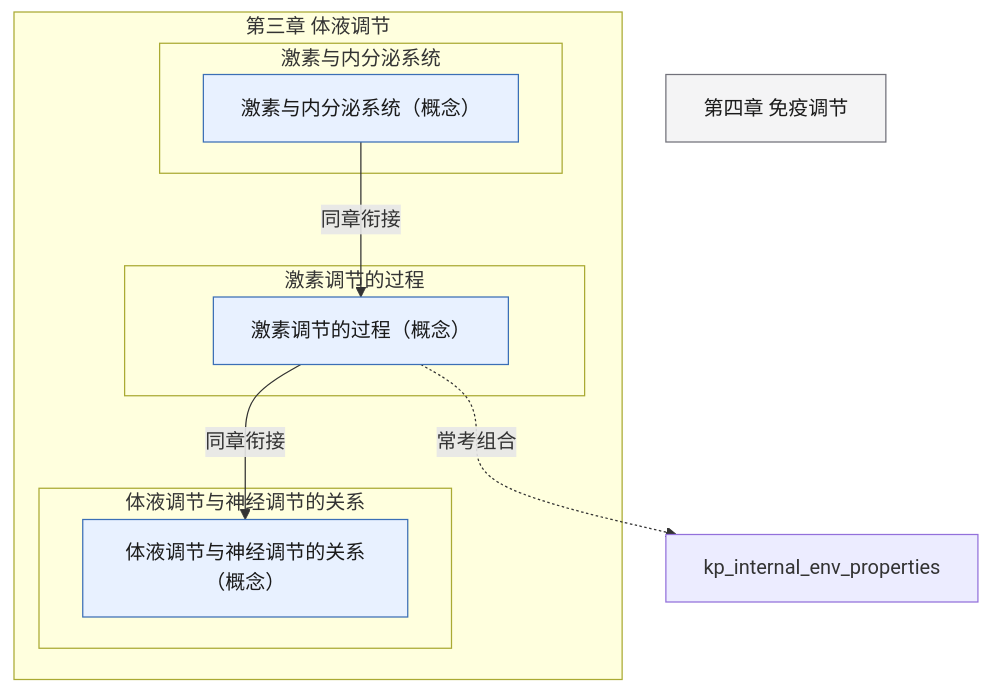
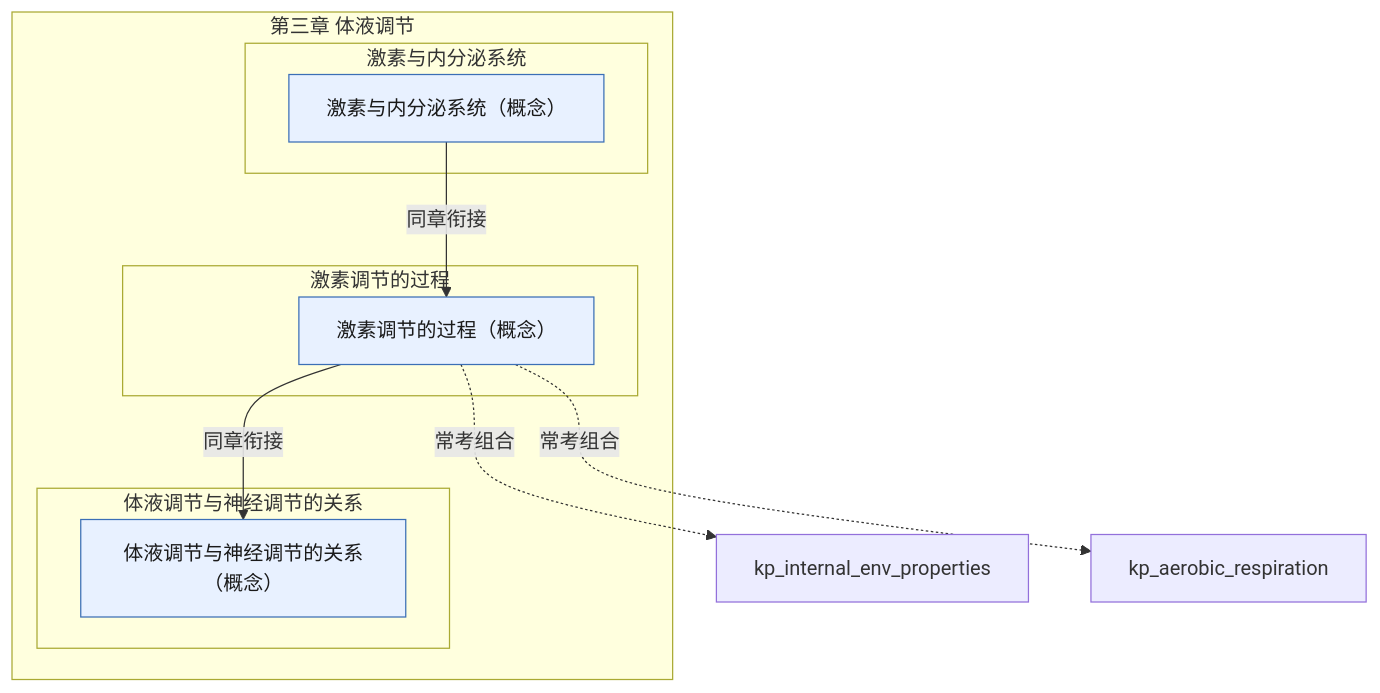
One commit to lihenair/high-school-ai-tutor-skill changed the diagram in skills/high-school-ai-tutor/references/pep-bio-xbx1-ch3.md. Above: the diagram before and after it, drawn with Mermaid. The commit also changed 26 other files, not shown here.

First line of the commit message:
feat(bio): 跨教材知识联系图谱——占位符清退 + 53 条组合边 + 联系图谱文档

````diff
--- a/skills/high-school-ai-tutor/references/pep-bio-xbx1-ch3.md
+++ b/skills/high-school-ai-tutor/references/pep-bio-xbx1-ch3.md
@@ -5,22 +5,22 @@
 ```mermaid
 flowchart TD
   classDef concept fill:#E8F1FF,stroke:#3B6FB6,color:#1A1A1A
   classDef skill fill:#E7F6EE,stroke:#2E7D4F,color:#1A1A1A
   classDef experiment fill:#FFF4E5,stroke:#C47B17,color:#1A1A1A
   classDef later fill:#F4F4F5,stroke:#71717A,color:#1A1A1A
   subgraph ch["第三章 体液调节"]
     subgraph s1["激素与内分泌系统"]
       kp_hormones_endocrine["激素与内分泌系统（概念）"]:::concept
     end
     subgraph s2["激素调节的过程"]
       kp_hormone_process["激素调节的过程（概念）"]:::concept
     end
     subgraph s3["体液调节与神经调节的关系"]
       kp_humoral_nervous["体液调节与神经调节的关系（概念）"]:::concept
     end
   end
-  xbx1_ch4["第四章 免疫调节"]:::later
   kp_hormones_endocrine -->|同章衔接| kp_hormone_process
   kp_hormone_process -->|同章衔接| kp_humoral_nervous
   kp_hormone_process -.->|常考组合| kp_internal_env_properties
+  kp_hormone_process -.->|常考组合| kp_aerobic_respiration
 ```
````
